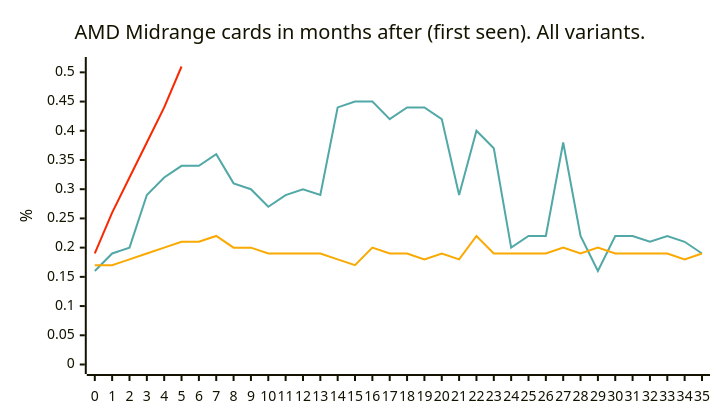
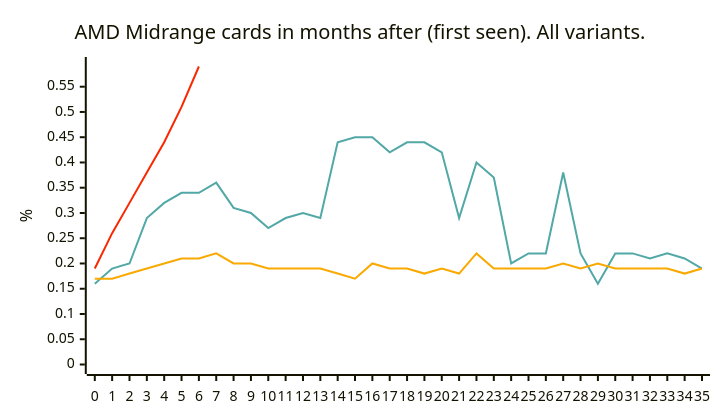
Before and after one commit to jdegene/steamHWsurvey: the tenth of 31 diagrams in README.md, drawn with Mermaid. The commit also changed other lines of this file and 3 other files, not shown here.

````diff
--- a/README.md
+++ b/README.md
@@ -334,23 +334,23 @@
 ```mermaid
 ---
 config:
     xyChart:
         width: 700
         height: 400
         
     themeVariables:
         xyChart:
             plotColorPalette: "#51a8a6,#f9a900,#f92800,#d92080,#8a52a6"
 
 --- 
 
 
 xychart-beta
     title "AMD Midrange cards in months after (first seen). All variants."
     x-axis[0, 1, 2, 3, 4, 5, 6, 7, 8, 9, 10, 11, 12, 13, 14, 15, 16, 17, 18, 19, 20, 21, 22, 23, 24, 25, 26, 27, 28, 29, 30, 31, 32, 33, 34, 35]
     y-axis "%" 
     line [0.16, 0.19, 0.2, 0.29, 0.32, 0.33999999999999997, 0.33999999999999997, 0.36, 0.31, 0.3, 0.27, 0.29, 0.3, 0.29, 0.44, 0.45000000000000007, 0.45000000000000007, 0.42, 0.43999999999999995, 0.44, 0.42, 0.29, 0.4, 0.37, 0.2, 0.22, 0.22, 0.38000000000000006, 0.22, 0.16, 0.22, 0.22, 0.21, 0.22, 0.21, 0.19]
     line [0.16999999999999998, 0.16999999999999998, 0.18, 0.19, 0.2, 0.21, 0.21, 0.22, 0.2, 0.2, 0.19, 0.19, 0.19, 0.19, 0.18, 0.16999999999999998, 0.2, 0.19, 0.19, 0.18, 0.19, 0.18, 0.22, 0.19, 0.19, 0.19, 0.19, 0.2, 0.19, 0.2, 0.19, 0.19, 0.19, 0.19, 0.18, 0.19]
-    line [0.19, 0.26, 0.32, 0.38, 0.44, 0.51]
+    line [0.19, 0.26, 0.32, 0.38, 0.44, 0.51, 0.59]
     line [0]
 ``` 
````
